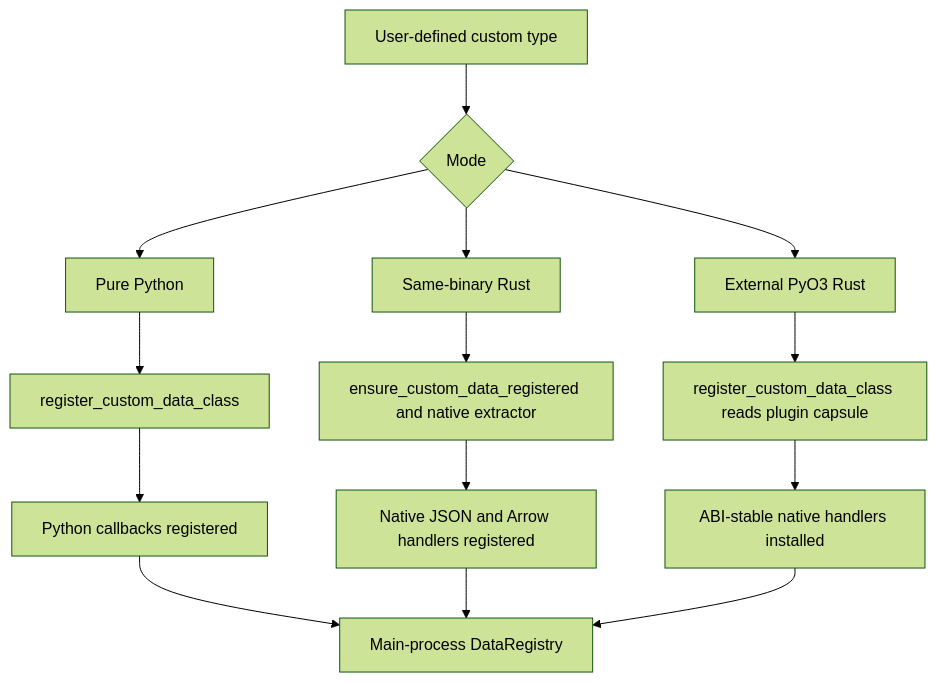
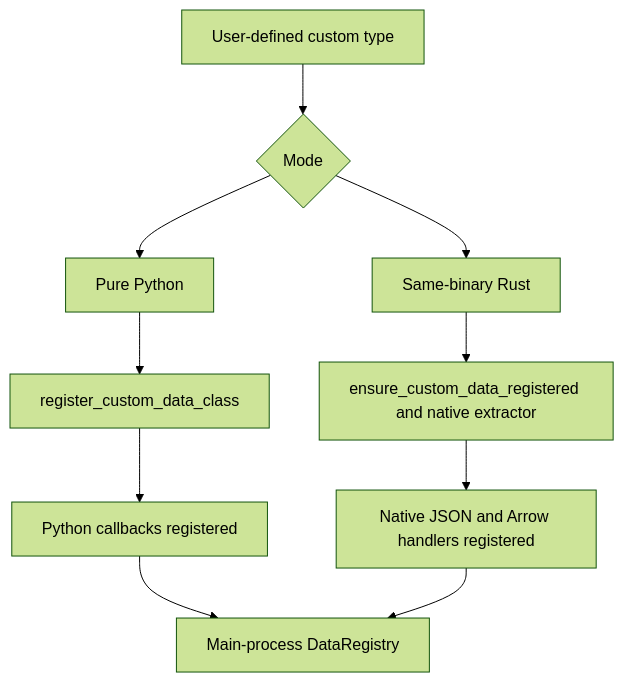
Before and after one commit to nautechsystems/nautilus_trader: the second of 3 diagrams in docs/architecture/custom_data.md, drawn with Mermaid (forest theme). The commit also changed other lines of this file and 2 other files, not shown here.

First line of the commit message:
Update custom data docs for two-mode architecture

````diff
--- a/docs/architecture/custom_data.md
+++ b/docs/architecture/custom_data.md
@@ -133,19 +151,15 @@
 ```mermaid
 flowchart TD
     A[User-defined custom type] --> B{Mode}
     B --> C[Pure Python]
     B --> D[Same-binary Rust]
-    B --> E[External PyO3 Rust]
 
     C --> F[register_custom_data_class]
     D --> G[ensure_custom_data_registered and native extractor]
-    E --> H[register_custom_data_class reads plugin capsule]
 
     F --> I[Python callbacks registered]
     G --> J[Native JSON and Arrow handlers registered]
-    H --> K[ABI-stable native handlers installed]
 
     I --> L[Main-process DataRegistry]
     J --> L
-    K --> L
 ```
````
